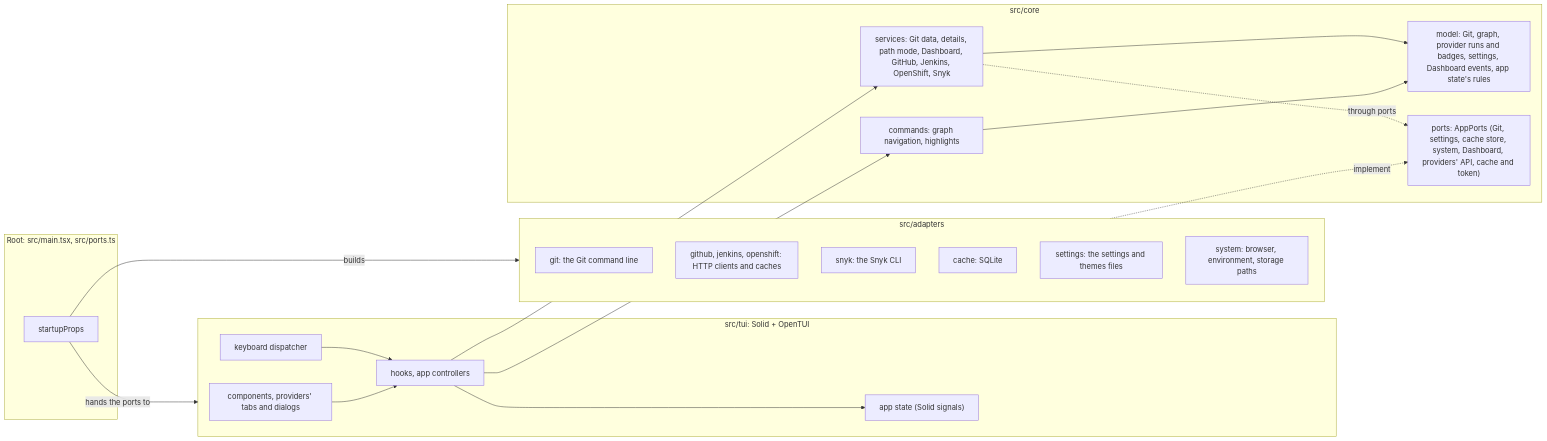
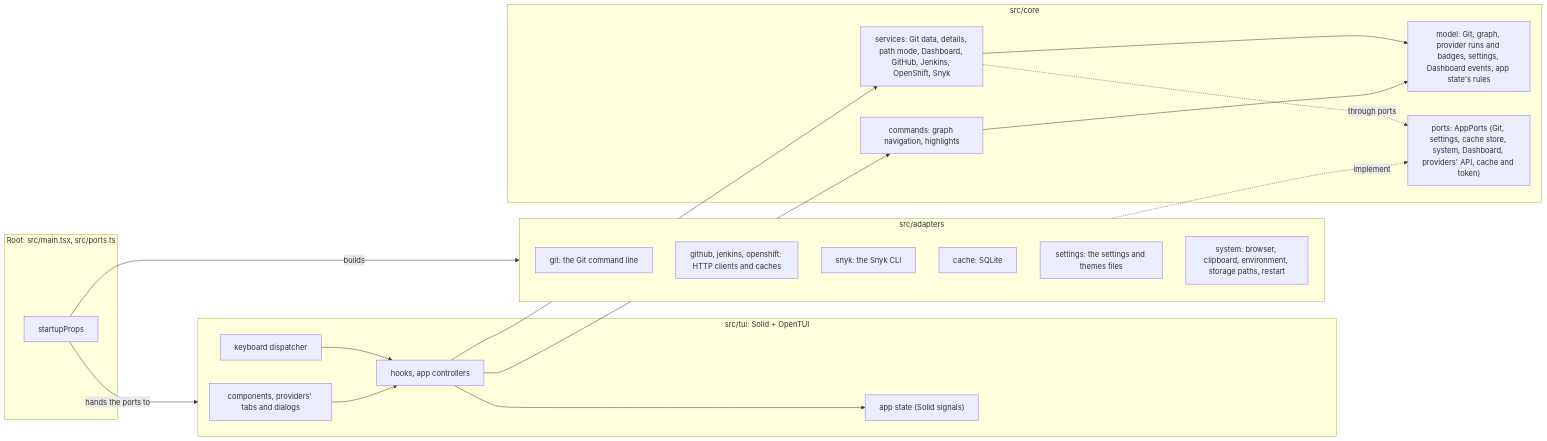
Before and after one commit to andreduejon/codepulse: the diagram in docs/architecture.md, drawn with Mermaid. The commit also changed other lines of this file and 17 other files, not shown here.

````diff
--- a/docs/architecture.md
+++ b/docs/architecture.md
@@ -8,34 +8,34 @@
 ```mermaid
 flowchart LR
   subgraph Root["Root: src/main.tsx, src/ports.ts"]
     Main["startupProps"]
   end
   subgraph TUI["src/tui: Solid + OpenTUI"]
     Components["components, providers' tabs and dialogs"]
     Hooks["hooks, app controllers"]
     Keys["keyboard dispatcher"]
     State["app state (Solid signals)"]
   end
   subgraph Core["src/core"]
     Services["services: Git data, details, path mode, Dashboard, GitHub, Jenkins, OpenShift, Snyk"]
     Commands["commands: graph navigation, highlights"]
     Model["model: Git, graph, provider runs and badges, settings, Dashboard events, app state's rules"]
     Ports["ports: AppPorts (Git, settings, cache store, system, Dashboard, providers' API, cache and token)"]
   end
   subgraph Adapters["src/adapters"]
     Git["git: the Git command line"]
     Http["github, jenkins, openshift: HTTP clients and caches"]
     Snyk["snyk: the Snyk CLI"]
     Cache["cache: SQLite"]
     Settings["settings: the settings and themes files"]
-    System["system: browser, environment, storage paths"]
+    System["system: browser, clipboard, environment, storage paths, restart"]
   end
   Main -- builds --> Adapters
   Main -- hands the ports to --> TUI
   Keys --> Hooks --> Commands & Services
   Components --> Hooks
   Hooks --> State
   Services & Commands --> Model
   Services -. through ports .-> Ports
   Adapters -. implement .-> Ports
 ```
````
